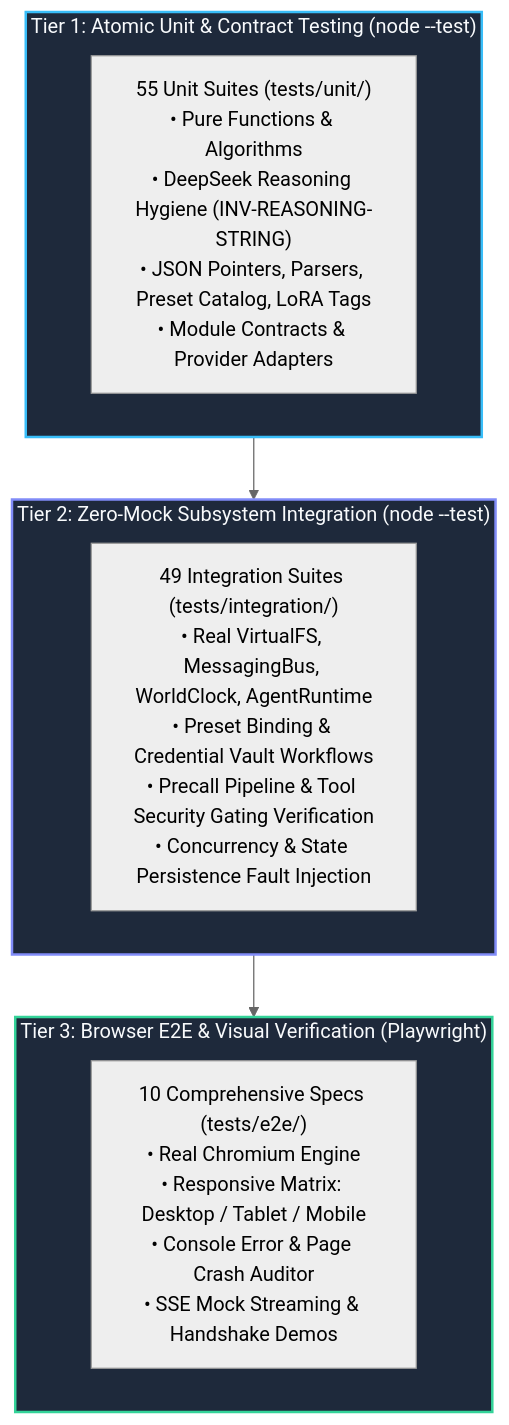
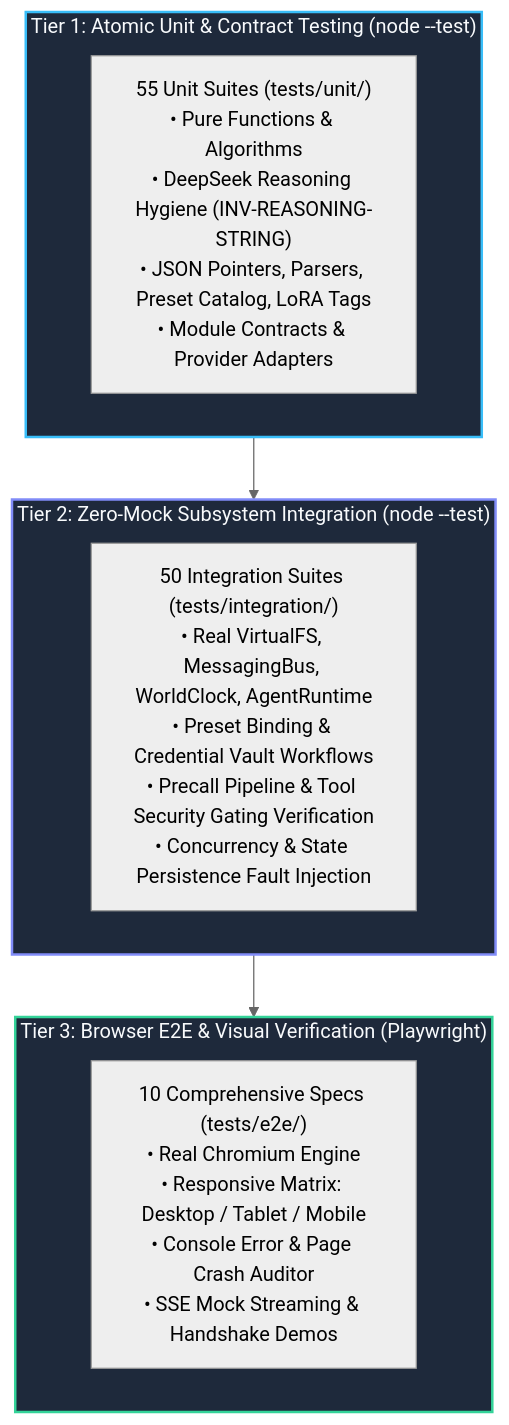
The first of 3 diagrams in docs/testing/testing_strategy.md (crestfallnafterdark/nightcurtain), drawn with Mermaid (neutral theme) before and after one commit. The commit also changed other lines of this file and 2 other files, not shown here.

````diff
--- a/docs/testing/testing_strategy.md
+++ b/docs/testing/testing_strategy.md
@@ -15,24 +15,24 @@
 ```mermaid
 graph TD
     subgraph L3["Tier 3: Browser E2E & Visual Verification (Playwright)"]
         E2E["10 Comprehensive Specs (tests/e2e/)<br/>• Real Chromium Engine<br/>• Responsive Matrix: Desktop / Tablet / Mobile<br/>• Console Error & Page Crash Auditor<br/>• SSE Mock Streaming & Handshake Demos"]
     end
 
     subgraph L2["Tier 2: Zero-Mock Subsystem Integration (node --test)"]
-        INT["49 Integration Suites (tests/integration/)<br/>• Real VirtualFS, MessagingBus, WorldClock, AgentRuntime<br/>• Preset Binding & Credential Vault Workflows<br/>• Precall Pipeline & Tool Security Gating Verification<br/>• Concurrency & State Persistence Fault Injection"]
+        INT["50 Integration Suites (tests/integration/)<br/>• Real VirtualFS, MessagingBus, WorldClock, AgentRuntime<br/>• Preset Binding & Credential Vault Workflows<br/>• Precall Pipeline & Tool Security Gating Verification<br/>• Concurrency & State Persistence Fault Injection"]
     end
 
     subgraph L1["Tier 1: Atomic Unit & Contract Testing (node --test)"]
         UNIT["55 Unit Suites (tests/unit/)<br/>• Pure Functions & Algorithms<br/>• DeepSeek Reasoning Hygiene (INV-REASONING-STRING)<br/>• JSON Pointers, Parsers, Preset Catalog, LoRA Tags<br/>• Module Contracts & Provider Adapters"]
     end
 
     L1 --> L2
     L2 --> L3
 
     classDef l1 fill:#1e293b,stroke:#38bdf8,stroke-width:2px,color:#f8fafc;
     classDef l2 fill:#1e293b,stroke:#818cf8,stroke-width:2px,color:#f8fafc;
     classDef l3 fill:#1e293b,stroke:#34d399,stroke-width:2px,color:#f8fafc;
     class L1 l1;
     class L2 l2;
     class L3 l3;
 ```
````
